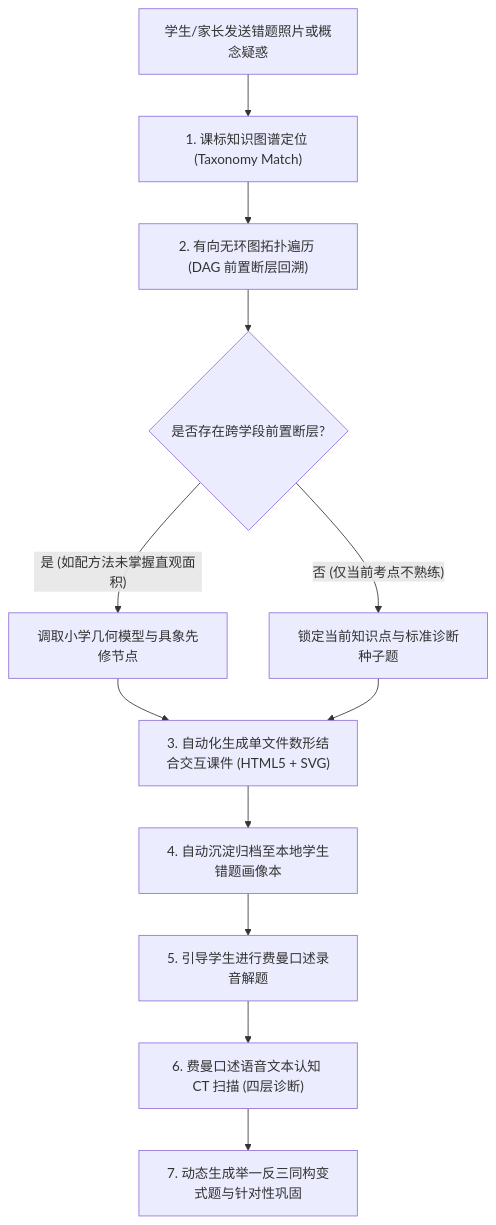
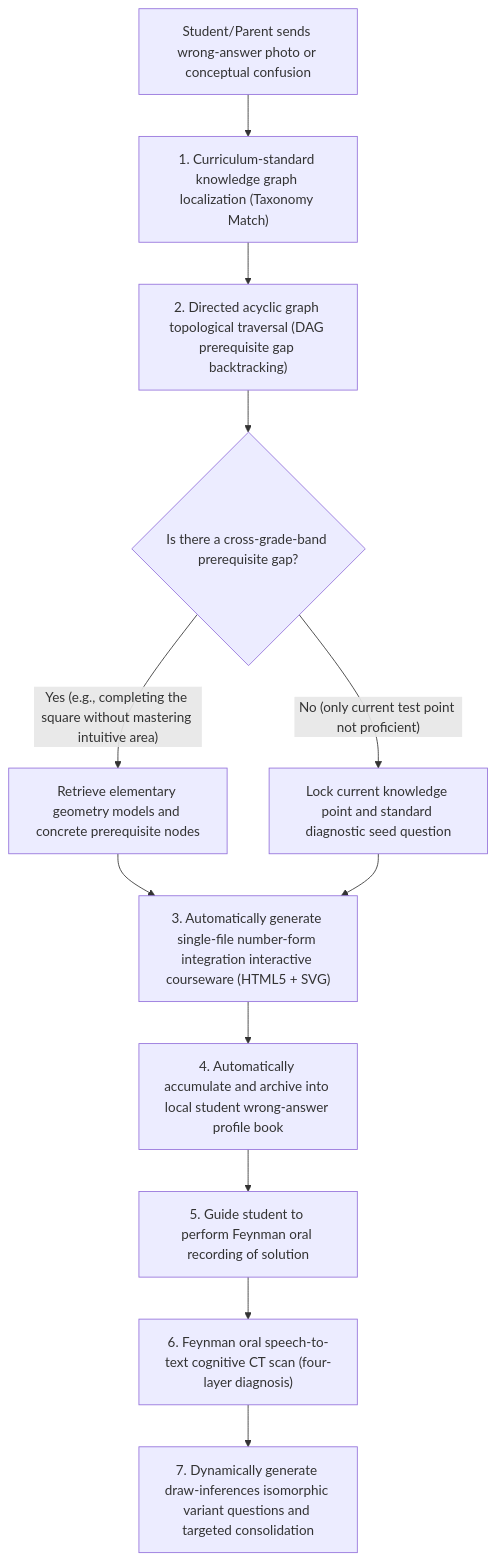
Before and after one commit to cky9/portfolio: the diagram in 01_industrial_engineering/15_stem_knowledge_graph_dag_tutoring_system.md, drawn with Mermaid. The commit also changed other lines of this file and 69 other files, not shown here.

Commit message:
feat(i18n): fully translate all 21 architecture specifications and 14 demo READMEs to native English with bilingual mirrors

````diff
--- a/01_industrial_engineering/15_stem_knowledge_graph_dag_tutoring_system.md
+++ b/01_industrial_engineering/15_stem_knowledge_graph_dag_tutoring_system.md
@@ -17,14 +19,14 @@
 ```mermaid
 flowchart TD
-    A["学生/家长发送错题照片或概念疑惑"] --> B["1. 课标知识图谱定位 (Taxonomy Match)"]
-    B --> C["2. 有向无环图拓扑遍历 (DAG 前置断层回溯)"]
-    C --> D{"是否存在跨学段前置断层?"}
-    D -- "是 (如配方法未掌握直观面积)" --> E["调取小学几何模型与具象先修节点"]
-    D -- "否 (仅当前考点不熟练)" --> F["锁定当前知识点与标准诊断种子题"]
-    E --> G["3. 自动化生成单文件数形结合交互课件 (HTML5 + SVG)"]
+    A["Student/Parent sends wrong-answer photo or conceptual confusion"] --> B["1. Curriculum-standard knowledge graph localization (Taxonomy Match)"]
+    B --> C["2. Directed acyclic graph topological traversal (DAG prerequisite gap backtracking)"]
+    C --> D{"Is there a cross-grade-band prerequisite gap?"}
+    D -- "Yes (e.g., completing the square without mastering intuitive area)" --> E["Retrieve elementary geometry models and concrete prerequisite nodes"]
+    D -- "No (only current test point not proficient)" --> F["Lock current knowledge point and standard diagnostic seed question"]
+    E --> G["3. Automatically generate single-file number-form integration interactive courseware (HTML5 + SVG)"]
     F --> G
-    G --> H["4. 自动沉淀归档至本地学生错题画像本"]
-    H --> I["5. 引导学生进行费曼口述录音解题"]
-    I --> J["6. 费曼口述语音文本认知 CT 扫描 (四层诊断)"]
-    J --> K["7. 动态生成举一反三同构变式题与针对性巩固"]
+    G --> H["4. Automatically accumulate and archive into local student wrong-answer profile book"]
+    H --> I["5. Guide student to perform Feynman oral recording of solution"]
+    I --> J["6. Feynman oral speech-to-text cognitive CT scan (four-layer diagnosis)"]
+    J --> K["7. Dynamically generate draw-inferences isomorphic variant questions and targeted consolidation"]
 ```
````
